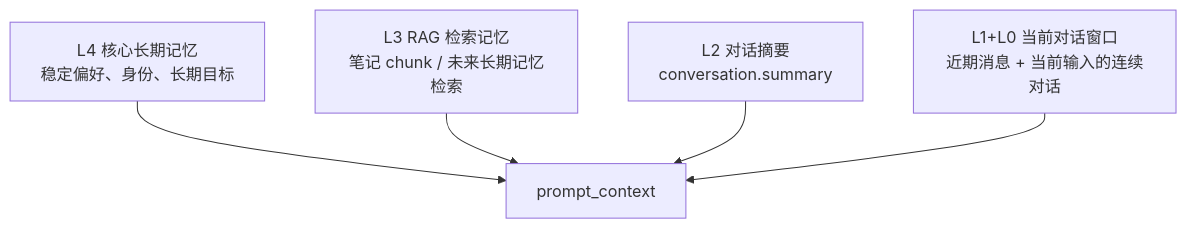
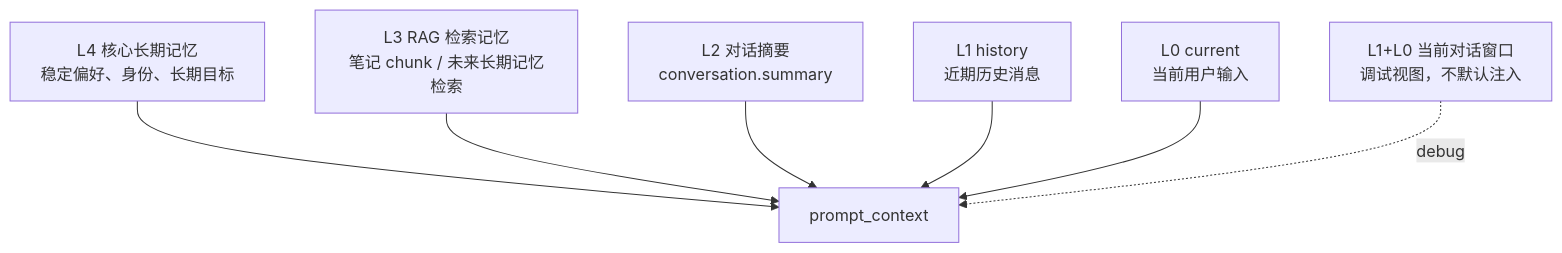
The first of 2 diagrams in docs/agent/context-pyramid.md (LiuJiaxuan1024/AiMemo), drawn with Mermaid before and after one commit. The commit also changed other lines of this file and 17 other files, not shown here.

````diff
--- a/docs/agent/context-pyramid.md
+++ b/docs/agent/context-pyramid.md
@@ -26,7 +26,9 @@
 ```mermaid
 flowchart TB
     L4[L4 核心长期记忆<br/>稳定偏好、身份、长期目标] --> Prompt[prompt_context]
     L3[L3 RAG 检索记忆<br/>笔记 chunk / 未来长期记忆检索] --> Prompt
     L2[L2 对话摘要<br/>conversation.summary] --> Prompt
-    Window[L1+L0 当前对话窗口<br/>近期消息 + 当前输入的连续对话] --> Prompt
+    L1[L1 history<br/>近期历史消息] --> Prompt
+    L0[L0 current<br/>当前用户输入] --> Prompt
+    Window[L1+L0 当前对话窗口<br/>调试视图，不默认注入] -. debug .-> Prompt
 ```
````
